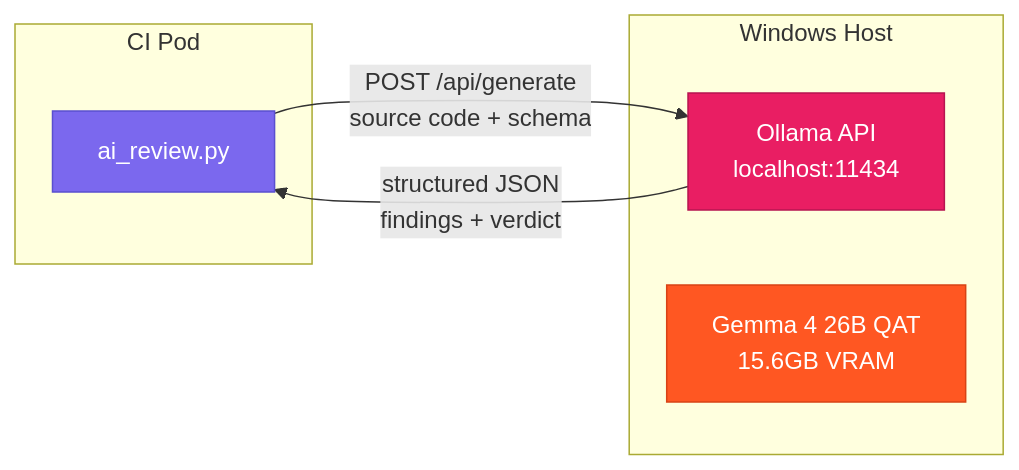
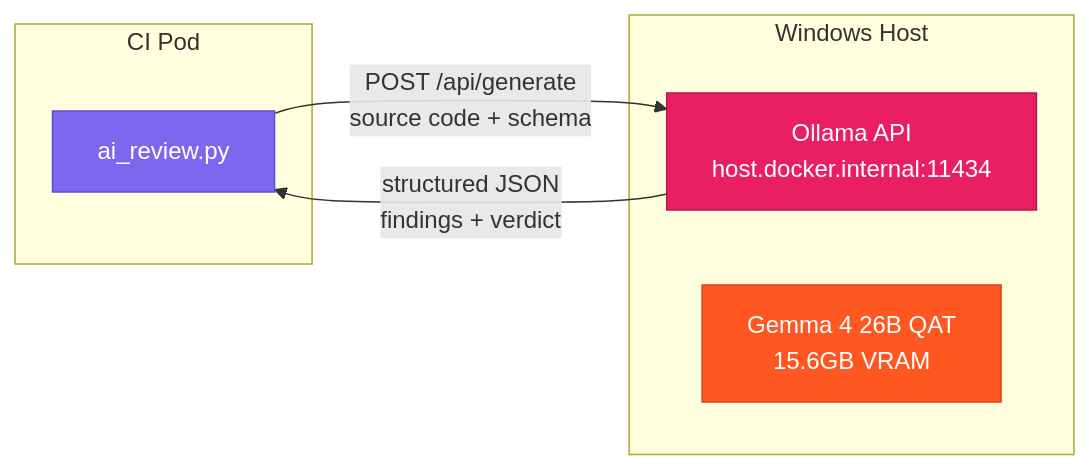
The third of 4 diagrams in docs/ARCHITECTURE.md (scarolan/harness-demo), drawn with Mermaid before and after one commit. The commit also changed other lines of this file and 3 other files, not shown here.

````diff
--- a/docs/ARCHITECTURE.md
+++ b/docs/ARCHITECTURE.md
@@ -150,17 +159,17 @@
 ```mermaid
 graph LR
     subgraph CI Pod
         SCRIPT[ai_review.py]
     end
     subgraph Windows Host
-        OLLAMA[Ollama API<br/>localhost:11434]
+        OLLAMA[Ollama API<br/>host.docker.internal:11434]
         GEMMA[Gemma 4 26B QAT<br/>15.6GB VRAM]
     end
 
     SCRIPT -->|POST /api/generate<br/>source code + schema| OLLAMA
     OLLAMA -->|structured JSON<br/>findings + verdict| SCRIPT
 
     style SCRIPT fill:#7b68ee,stroke:#5a4fcf,color:#fff
     style OLLAMA fill:#e91e63,stroke:#b71550,color:#fff
     style GEMMA fill:#ff5722,stroke:#d84315,color:#fff
 ```
````
